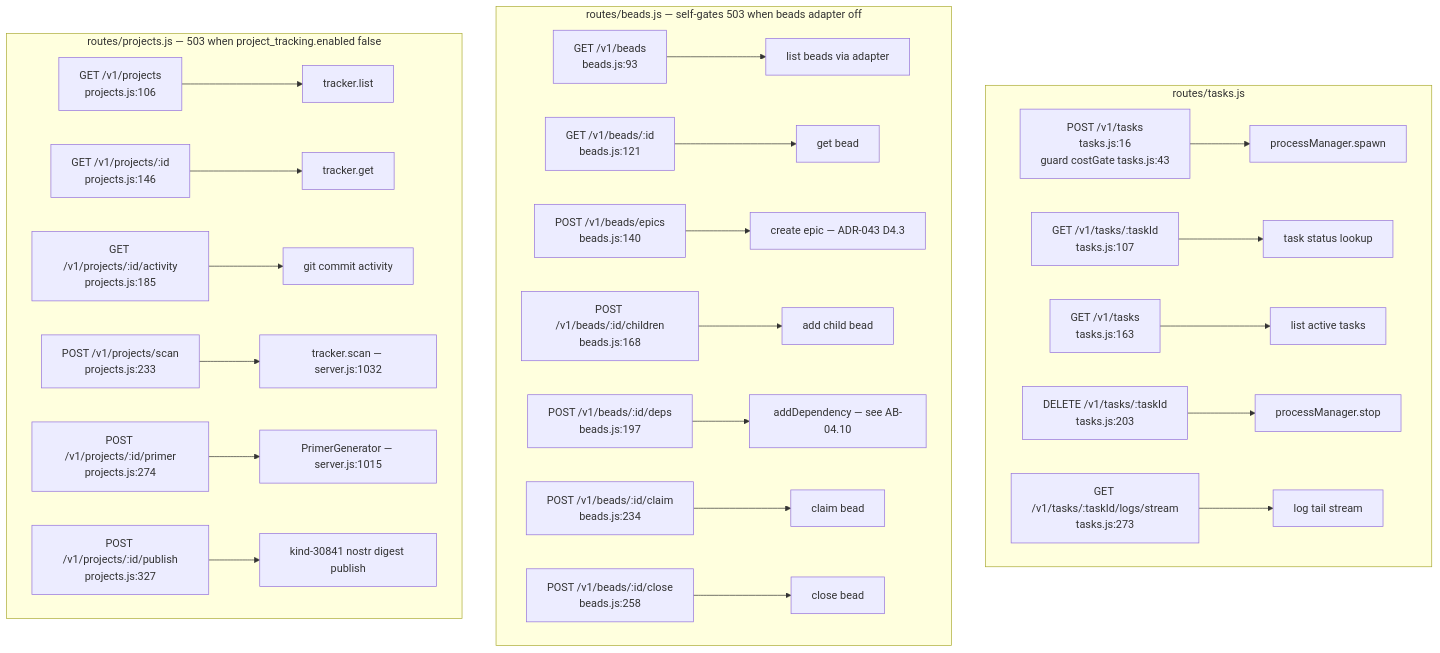
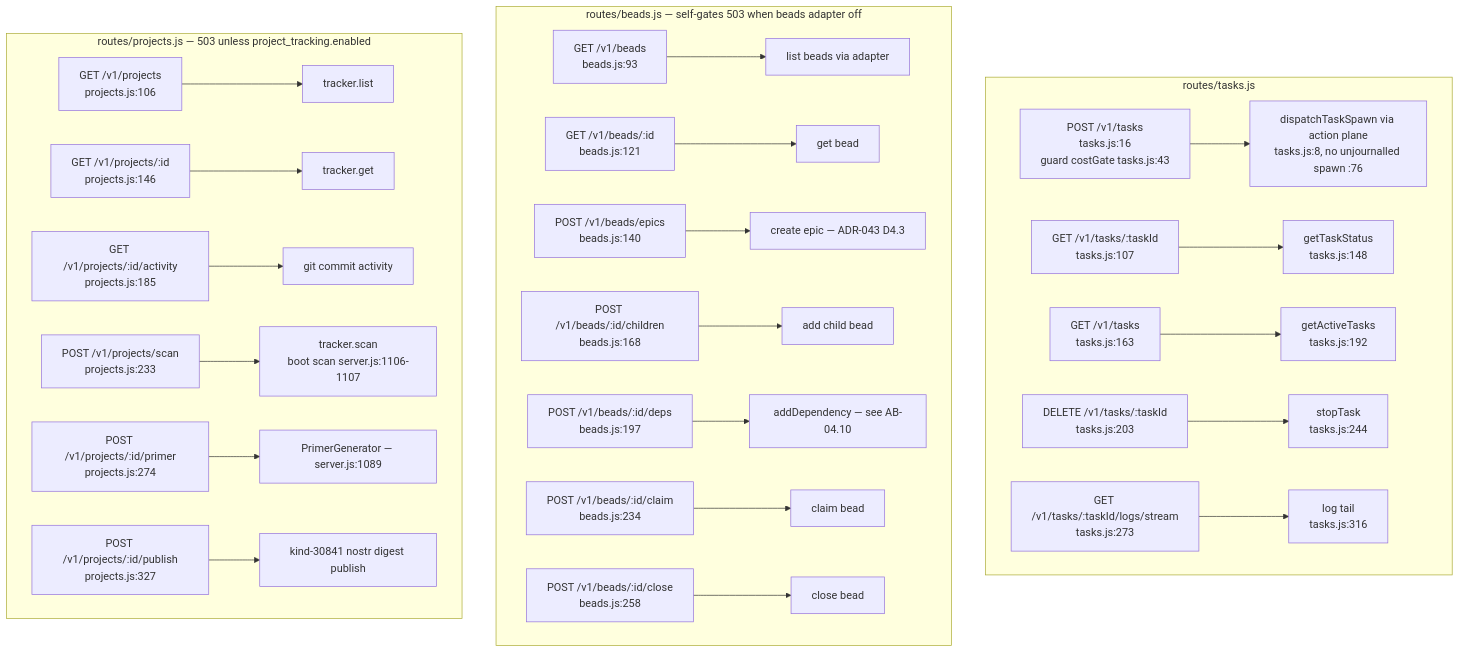
One commit to DreamLab-AI/VisionFlow changed the seventh of 17 diagrams in docs/diagrams/agentbox/03-management-api-request-lifecycle.md. Above: the diagram before and after it, drawn with Mermaid. The commit also changed other lines of this file and 173 other files, not shown here.

````diff
--- a/docs/diagrams/agentbox/03-management-api-request-lifecycle.md
+++ b/docs/diagrams/agentbox/03-management-api-request-lifecycle.md
@@ -302,27 +319,27 @@
 ```mermaid
 flowchart TD
     subgraph tasks["routes/tasks.js"]
-        T1["POST /v1/tasks<br/>tasks.js:16<br/>guard costGate tasks.js:43"] --> TH1["processManager.spawn"]
-        T2["GET /v1/tasks/:taskId<br/>tasks.js:107"] --> TH2["task status lookup"]
-        T3["GET /v1/tasks<br/>tasks.js:163"] --> TH3["list active tasks"]
-        T4["DELETE /v1/tasks/:taskId<br/>tasks.js:203"] --> TH4["processManager.stop"]
-        T5["GET /v1/tasks/:taskId/logs/stream<br/>tasks.js:273"] --> TH5["log tail stream"]
+        T1["POST /v1/tasks<br/>tasks.js:16<br/>guard costGate tasks.js:43"] --> TH1["dispatchTaskSpawn via action plane<br/>tasks.js:8, no unjournalled spawn :76"]
+        T2["GET /v1/tasks/:taskId<br/>tasks.js:107"] --> TH2["getTaskStatus<br/>tasks.js:148"]
+        T3["GET /v1/tasks<br/>tasks.js:163"] --> TH3["getActiveTasks<br/>tasks.js:192"]
+        T4["DELETE /v1/tasks/:taskId<br/>tasks.js:203"] --> TH4["stopTask<br/>tasks.js:244"]
+        T5["GET /v1/tasks/:taskId/logs/stream<br/>tasks.js:273"] --> TH5["log tail<br/>tasks.js:316"]
     end
     subgraph beads["routes/beads.js — self-gates 503 when beads adapter off"]
         B1["GET /v1/beads<br/>beads.js:93"] --> BH1["list beads via adapter"]
         B2["GET /v1/beads/:id<br/>beads.js:121"] --> BH2["get bead"]
         B3["POST /v1/beads/epics<br/>beads.js:140"] --> BH3["create epic — ADR-043 D4.3"]
         B4["POST /v1/beads/:id/children<br/>beads.js:168"] --> BH4["add child bead"]
         B5["POST /v1/beads/:id/deps<br/>beads.js:197"] --> BH5["addDependency — see AB-04.10"]
         B6["POST /v1/beads/:id/claim<br/>beads.js:234"] --> BH6["claim bead"]
         B7["POST /v1/beads/:id/close<br/>beads.js:258"] --> BH7["close bead"]
     end
-    subgraph projects["routes/projects.js — 503 when project_tracking.enabled false"]
+    subgraph projects["routes/projects.js — 503 unless project_tracking.enabled"]
         P1["GET /v1/projects<br/>projects.js:106"] --> PH1["tracker.list"]
         P2["GET /v1/projects/:id<br/>projects.js:146"] --> PH2["tracker.get"]
         P3["GET /v1/projects/:id/activity<br/>projects.js:185"] --> PH3["git commit activity"]
-        P4["POST /v1/projects/scan<br/>projects.js:233"] --> PH4["tracker.scan — server.js:1032"]
-        P5["POST /v1/projects/:id/primer<br/>projects.js:274"] --> PH5["PrimerGenerator — server.js:1015"]
+        P4["POST /v1/projects/scan<br/>projects.js:233"] --> PH4["tracker.scan<br/>boot scan server.js:1106-1107"]
+        P5["POST /v1/projects/:id/primer<br/>projects.js:274"] --> PH5["PrimerGenerator — server.js:1089"]
         P6["POST /v1/projects/:id/publish<br/>projects.js:327"] --> PH6["kind-30841 nostr digest publish"]
     end
 ```
````
